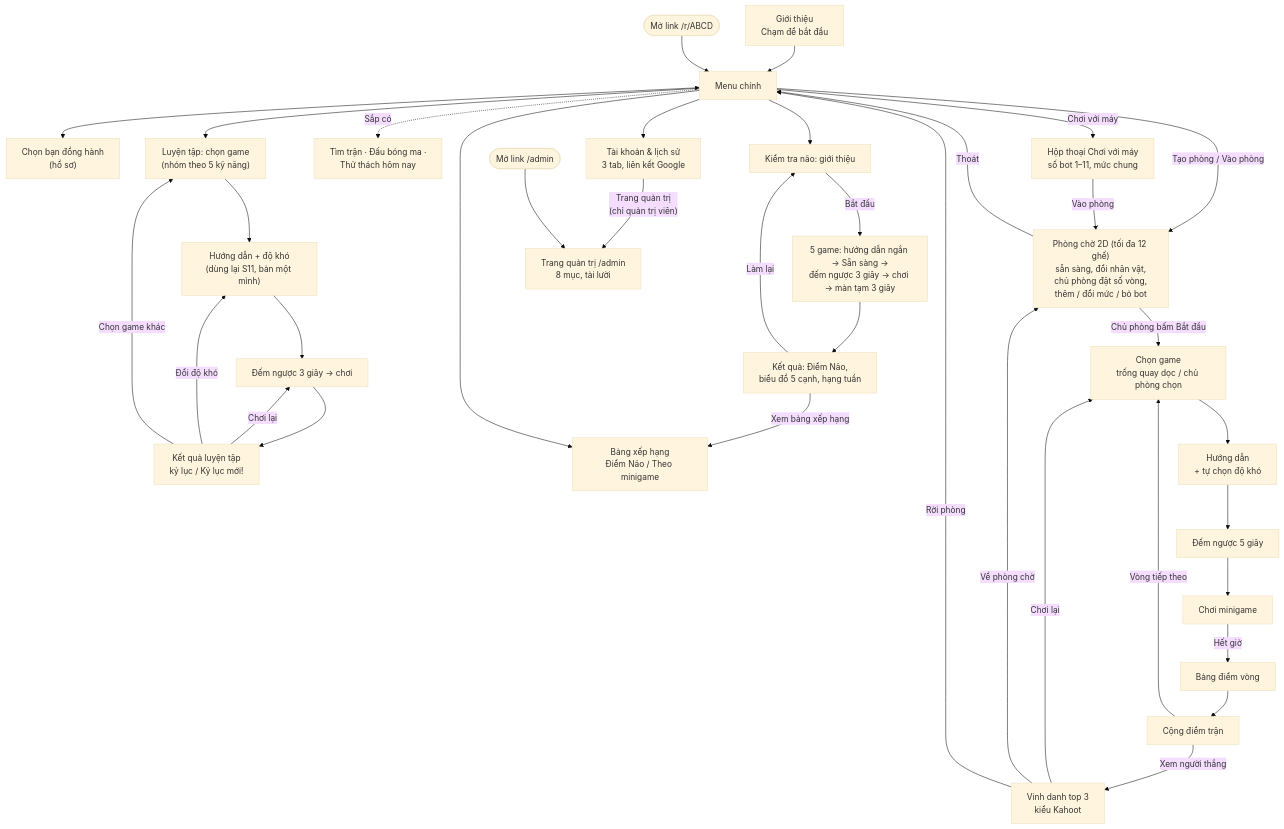
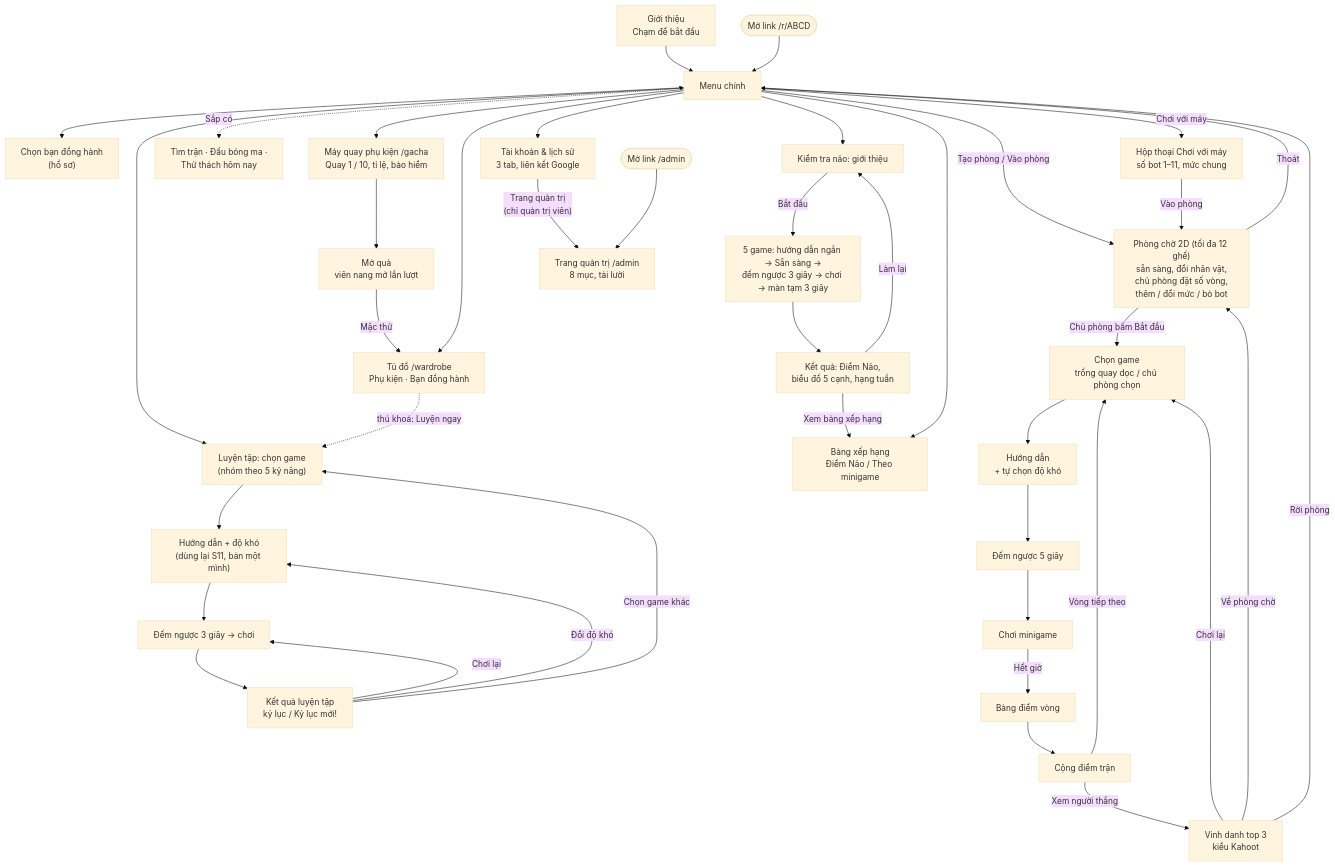
The diagram in docs/01-product/ui-ux.md (hungdinh-dev/brain-rizz), drawn with Mermaid (base theme) before and after one commit. The commit also changed other lines of this file and 150 other files, not shown here.

First line of the commit message:
feat: phấn, máy quay phụ kiện, tủ đồ, 6 bạn đồng hành mở khoá (CR-023, CR-024)

````diff
--- a/docs/01-product/ui-ux.md
+++ b/docs/01-product/ui-ux.md
@@ -24,38 +24,43 @@
 ```mermaid
 flowchart TD
   I["Giới thiệu<br/>Chạm để bắt đầu"] --> M["Menu chính"]
   L0(["Mở link /r/ABCD"]) --> M
   M <--> P["Chọn bạn đồng hành<br/>(hồ sơ)"]
   M -->|"Tạo phòng / Vào phòng"| LB["Phòng chờ 2D (tối đa 12 ghế)<br/>sẵn sàng, đổi nhân vật,<br/>chủ phòng đặt số vòng,<br/>thêm / đổi mức / bỏ bot"]
   M -->|"Chơi với máy"| BD["Hộp thoại Chơi với máy<br/>số bot 1–11, mức chung"]
   BD -->|"Vào phòng"| LB
   M -.->|"Sắp có"| X["Tìm trận · Đấu bóng ma ·<br/>Thử thách hôm nay"]
   M --> PK["Luyện tập: chọn game<br/>(nhóm theo 5 kỹ năng)"]
   PK --> PI["Hướng dẫn + độ khó<br/>(dùng lại S11, bản một mình)"]
   PI --> PP["Đếm ngược 3 giây → chơi"]
   PP --> PR["Kết quả luyện tập<br/>kỷ lục / Kỷ lục mới!"]
   PR -->|"Chơi lại"| PP
   PR -->|"Đổi độ khó"| PI
   PR -->|"Chọn game khác"| PK
   M --> BI["Kiểm tra não: giới thiệu"]
   BI -->|"Bắt đầu"| BG["5 game: hướng dẫn ngắn → Sẵn sàng →<br/>đếm ngược 3 giây → chơi → màn tạm 3 giây"]
   BG --> BR["Kết quả: Điểm Não,<br/>biểu đồ 5 cạnh, hạng tuần"]
   BR -->|"Làm lại"| BI
   BR -->|"Xem bảng xếp hạng"| LBD["Bảng xếp hạng<br/>Điểm Não / Theo minigame"]
   M --> LBD
   M --> AC["Tài khoản & lịch sử<br/>3 tab, liên kết Google"]
+  M --> GA["Máy quay phụ kiện /gacha<br/>Quay 1 / 10, tỉ lệ, bảo hiểm"]
+  GA --> GR["Mở quà<br/>viên nang mở lần lượt"]
+  GR -->|"Mặc thử"| WD["Tủ đồ /wardrobe<br/>Phụ kiện · Bạn đồng hành"]
+  M --> WD
+  WD -.->|"thú khoá: Luyện ngay"| PK
   AC -->|"Trang quản trị<br/>(chỉ quản trị viên)"| AD["Trang quản trị /admin<br/>8 mục, tải lười"]
   L1(["Mở link /admin"]) --> AD
   LB -->|"Chủ phòng bấm Bắt đầu"| GS["Chọn game<br/>trống quay dọc / chủ phòng chọn"]
   GS --> GI["Hướng dẫn<br/>+ tự chọn độ khó"]
   GI --> CD["Đếm ngược 5 giây"]
   CD --> PL["Chơi minigame"]
   PL -->|"Hết giờ"| R["Bảng điểm vòng"]
   R --> MP["Cộng điểm trận"]
   MP -->|"Vòng tiếp theo"| GS
   MP -->|"Xem người thắng"| PD["Vinh danh top 3<br/>kiểu Kahoot"]
   PD -->|"Chơi lại"| GS
   PD -->|"Về phòng chờ"| LB
   LB -->|"Thoát"| M
   PD -->|"Rời phòng"| M
 ```
````
